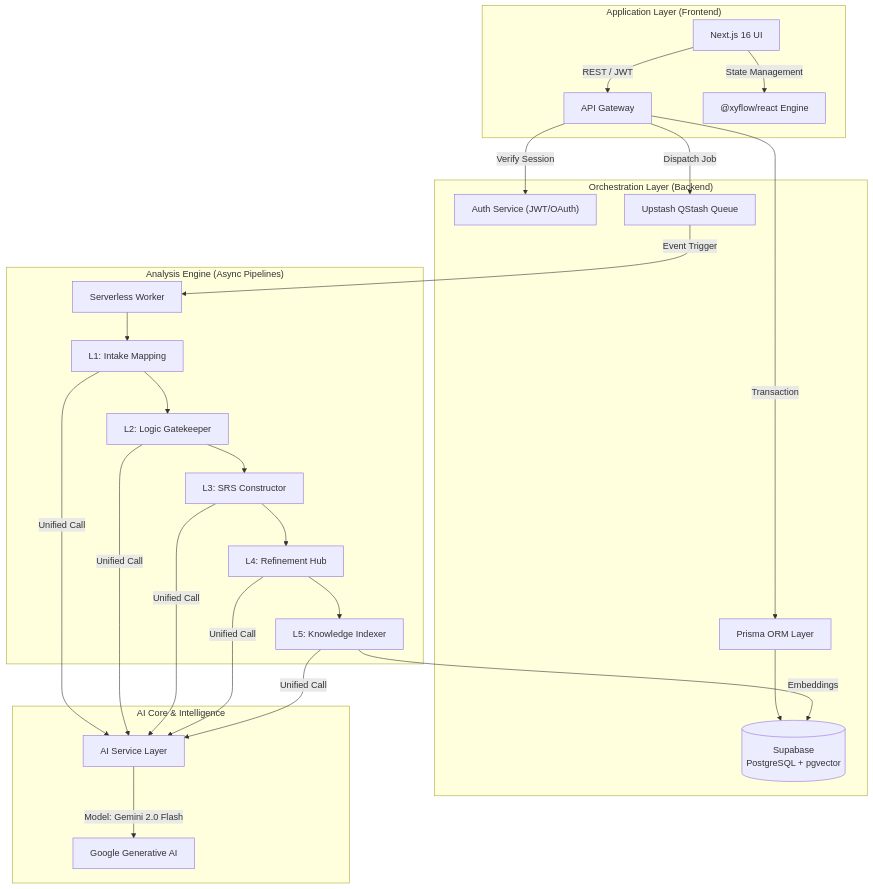
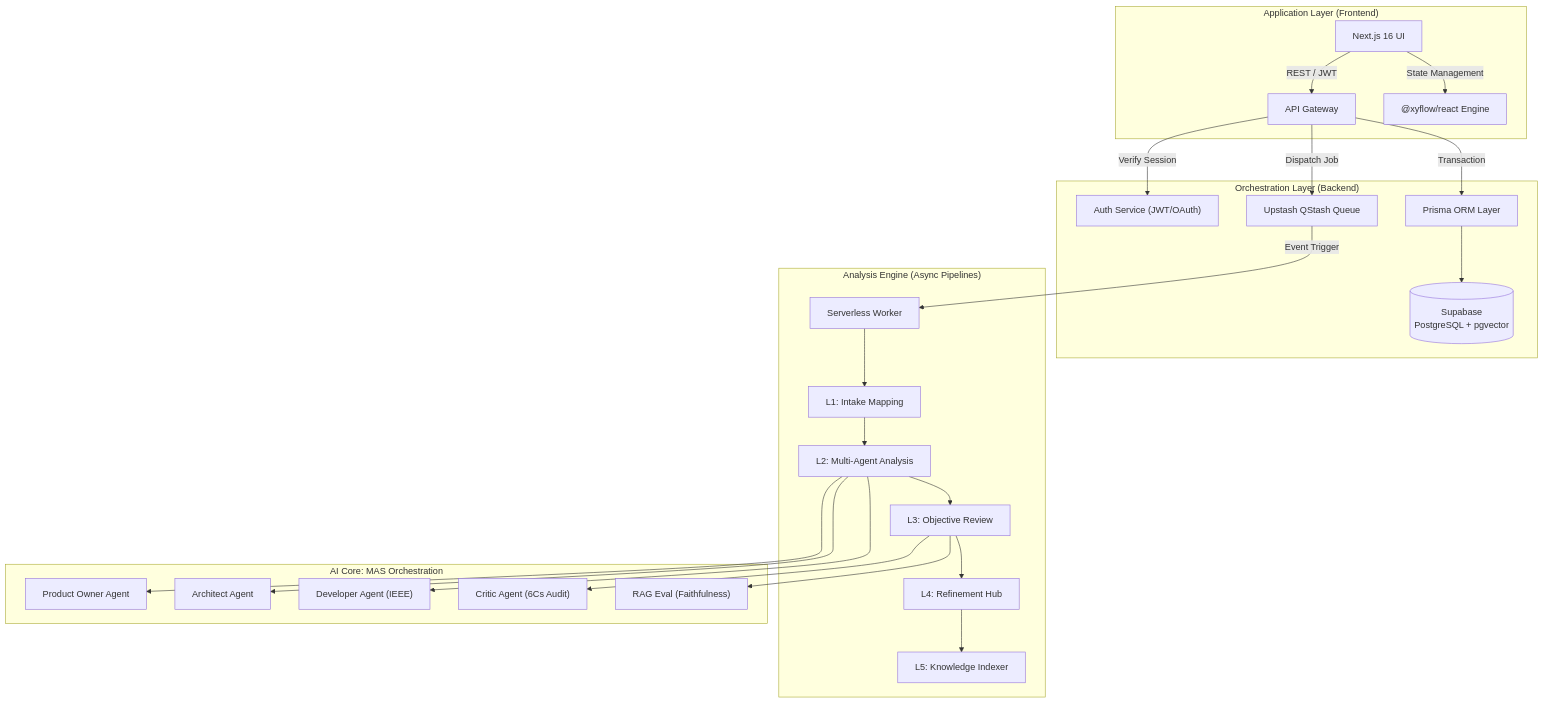
One commit to Aniket-a14/SRA changed the diagram in ARCHITECTURE.md. Above: the diagram before and after it, drawn with Mermaid. The commit also changed other lines of this file and 50 other files, not shown here.

Commit message:
feat: Introduce new agent roles, RAG with graph context, webapp testing skills, design system patterns, and various backend services, scripts, and frontend components.

````diff
--- a/ARCHITECTURE.md
+++ b/ARCHITECTURE.md
@@ -13,29 +13,31 @@
 ```mermaid
 graph TD
     subgraph "Application Layer (Frontend)"
         UI["Next.js 16 UI"] -->|REST / JWT| Gateway["API Gateway"]
         UI -->|State Management| ReactFlow["@xyflow/react Engine"]
     end
 
     subgraph "Orchestration Layer (Backend)"
         Gateway -->|Verify Session| Auth["Auth Service (JWT/OAuth)"]
         Gateway -->|Transaction| Prisma["Prisma ORM Layer"]
         Prisma --> DB[(Supabase <br/> PostgreSQL + pgvector)]
         Gateway -->|Dispatch Job| QStash["Upstash QStash Queue"]
     end
 
     subgraph "Analysis Engine (Async Pipelines)"
         QStash -->|Event Trigger| Worker["Serverless Worker"]
         Worker --> P1["L1: Intake Mapping"]
-        P1 --> P2["L2: Logic Gatekeeper"]
-        P2 --> P3["L3: SRS Constructor"]
+        P1 --> P2["L2: Multi-Agent Analysis"]
+        P2 --> P3["L3: Objective Review"]
         P3 --> P4["L4: Refinement Hub"]
         P4 --> P5["L5: Knowledge Indexer"]
     end
 
-    subgraph "AI Core & Intelligence"
-        P1 & P2 & P3 & P4 & P5 -->|Unified Call| AIService["AI Service Layer"]
-        AIService -->|Model: Gemini 2.0 Flash| GenAI["Google Generative AI"]
-        P5 -->|Embeddings| DB
+    subgraph "AI Core: MAS Orchestration"
+        P2 --> PO["Product Owner Agent"]
+        P2 --> Arch["Architect Agent"]
+        P2 --> Dev["Developer Agent (IEEE)"]
+        P3 --> Critic["Critic Agent (6Cs Audit)"]
+        P3 --> Eval["RAG Eval (Faithfulness)"]
     end
 ```
````
